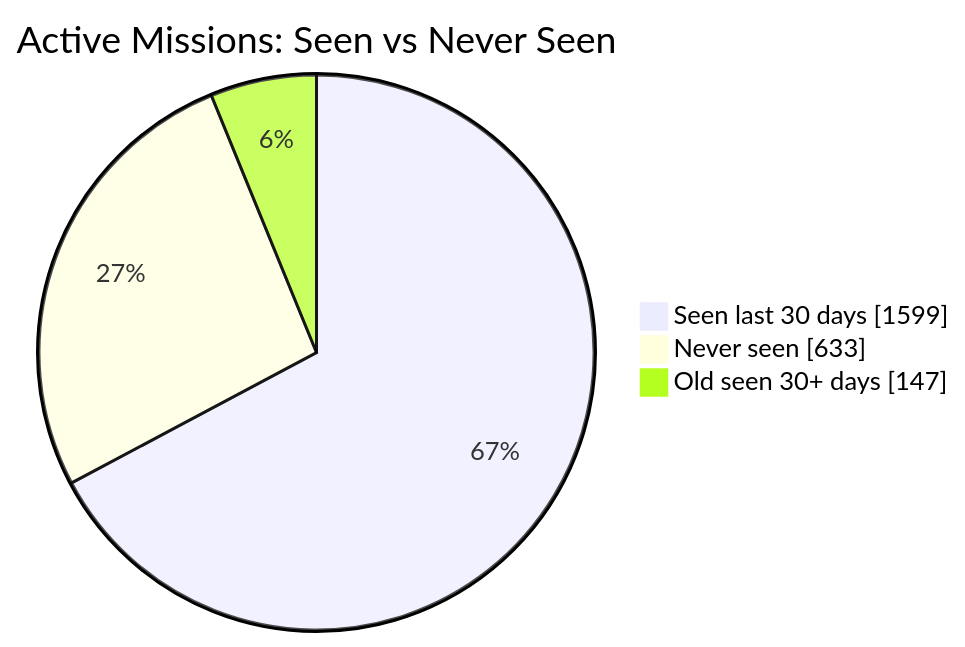
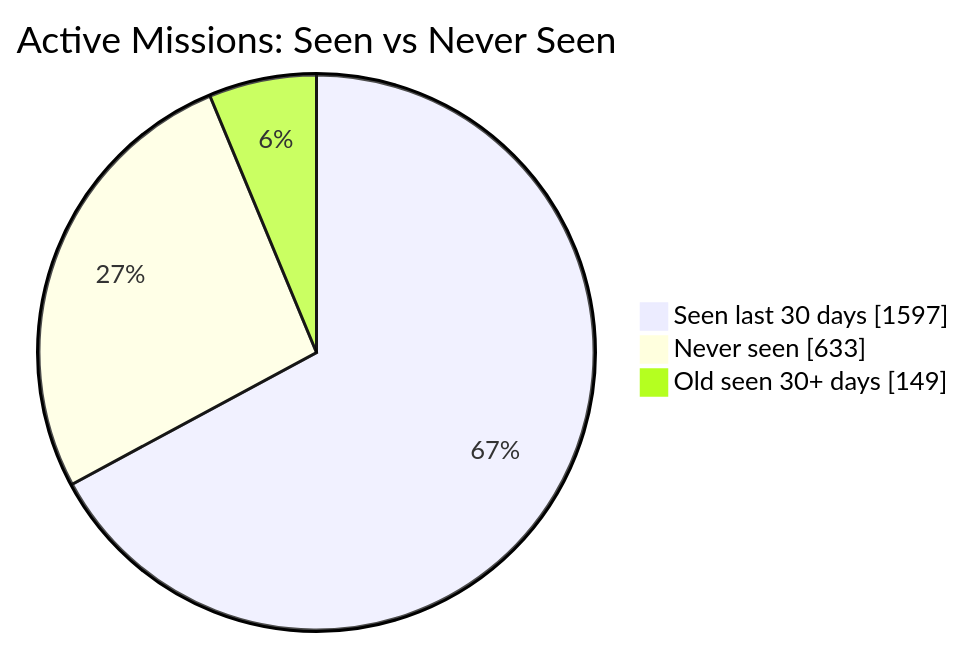
Before and after one commit to MeldkamerspelGameTeam/active-missions: the first of 2 diagrams in README.md, drawn with Mermaid. The commit also changed other lines of this file and 2 other files, not shown here.

````diff
--- a/README.md
+++ b/README.md
@@ -34,7 +34,7 @@
 ```mermaid
 pie showData
     title Active Missions: Seen vs Never Seen
-    "Seen last 30 days" : 1599
+    "Seen last 30 days" : 1597
     "Never seen" : 633
-    "Old seen 30+ days" : 147
+    "Old seen 30+ days" : 149
 ```
````
